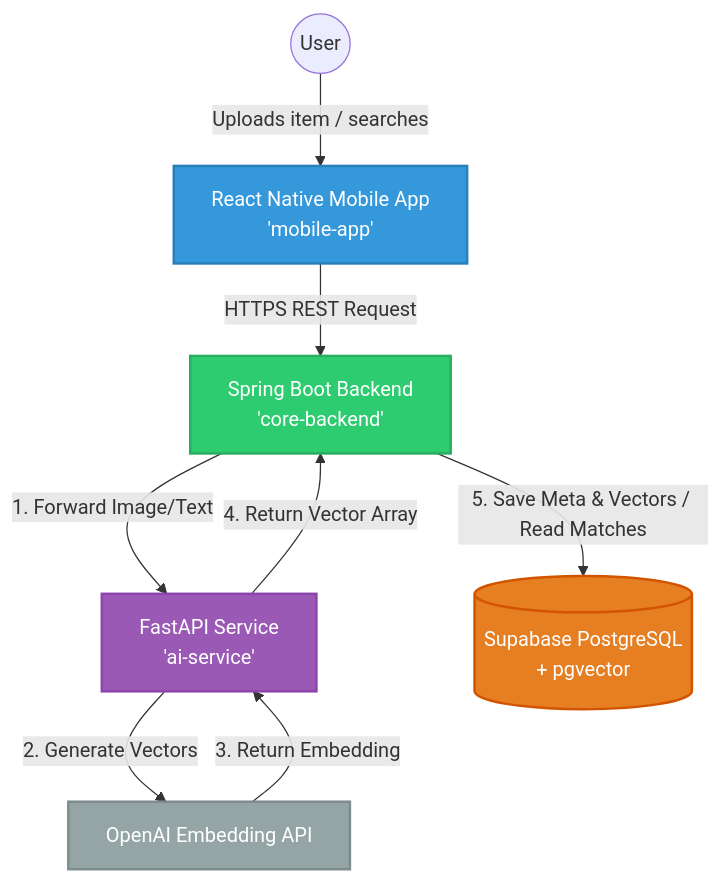
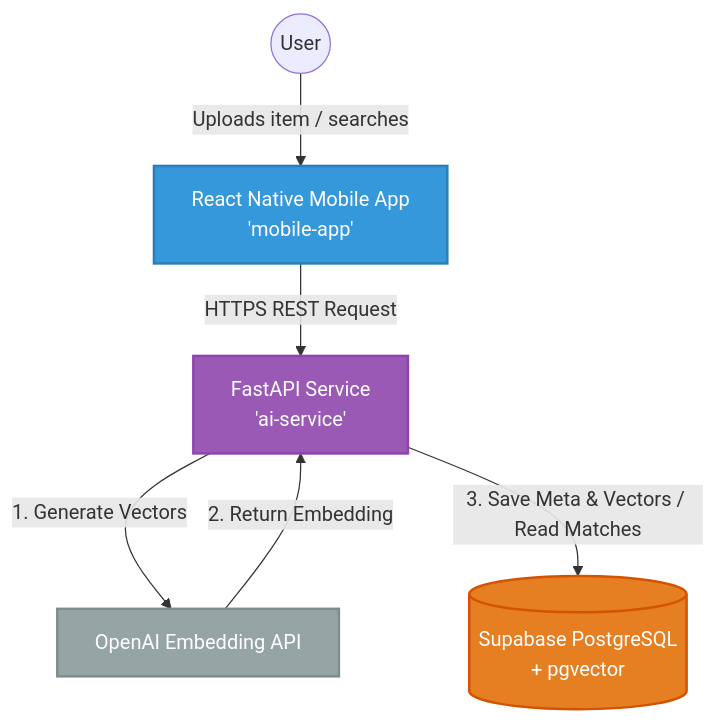
One commit to Yug-More/find-it changed the diagram in README.md. Above: the diagram before and after it, drawn with Mermaid. The commit also changed other lines of this file and 2 other files, not shown here.

Commit message:
Remove Spring Boot (scope creep)

````diff
--- a/README.md
+++ b/README.md
@@ -24,28 +23,24 @@
 ```mermaid
 graph TD
     %% Define Styles
     classDef client fill:#3498db,stroke:#2980b9,stroke-width:2px,color:#fff;
-    classDef mainBackend fill:#2ecc71,stroke:#27ae60,stroke-width:2px,color:#fff;
     classDef aiBackend fill:#9b59b6,stroke:#8e44ad,stroke-width:2px,color:#fff;
     classDef database fill:#e67e22,stroke:#d35400,stroke-width:2px,color:#fff;
     classDef external fill:#95a5a6,stroke:#7f8c8d,stroke-width:2px,color:#fff;
 
     %% Nodes
     User((User))
     MobileApp[React Native Mobile App<br/>'mobile-app']:::client
-    CoreBackend[Spring Boot Backend<br/>'core-backend']:::mainBackend
     AIService[FastAPI Service<br/>'ai-service']:::aiBackend
     SupabaseDB[(Supabase PostgreSQL<br/>+ pgvector)]:::database
     OpenAI[OpenAI Embedding API]:::external
 
     %% Data Flows
     User -->|Uploads item / searches| MobileApp
-    MobileApp -->|HTTPS REST Request| CoreBackend
-    
-    CoreBackend -->|1. Forward Image/Text| AIService
-    AIService -->|2. Generate Vectors| OpenAI
-    OpenAI -->|3. Return Embedding| AIService
-    AIService -->|4. Return Vector Array| CoreBackend
-    
-    CoreBackend -->|5. Save Meta & Vectors / Read Matches| SupabaseDB
+    MobileApp -->|HTTPS REST Request| AIService
+
+    AIService -->|1. Generate Vectors| OpenAI
+    OpenAI -->|2. Return Embedding| AIService
+
+    AIService -->|3. Save Meta & Vectors / Read Matches| SupabaseDB
 ```
````
